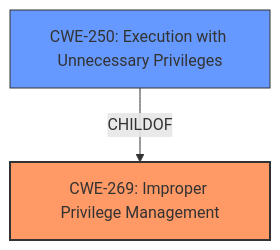
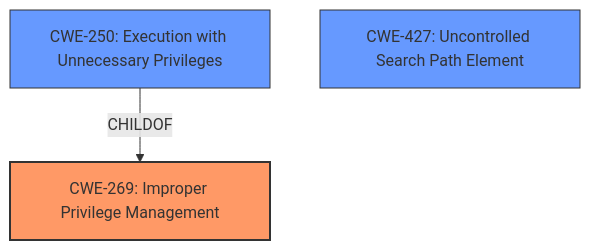
One commit to CyberSecAI/cwe_agent_assign_reports_2023 changed the diagram in CVE-2021-23874/CVE-2021-23874_analysis.md. Above: the diagram before and after it, drawn with Mermaid. The commit also changed other lines of this file and 902 other files, not shown here.

````diff
--- a/CVE-2021-23874/CVE-2021-23874_analysis.md
+++ b/CVE-2021-23874/CVE-2021-23874_analysis.md
@@ -16,12 +18,13 @@
 ```mermaid
 graph TD
     cwe269["CWE-269: Improper Privilege Management"]
     cwe250["CWE-250: Execution with Unnecessary Privileges"]
+    cwe427["CWE-427: Uncontrolled Search Path Element"]
+    
     cwe250 -->|CHILDOF| cwe269
     
     classDef primary fill:#f96,stroke:#333,stroke-width:2px
     classDef secondary fill:#69f,stroke:#333
-    
     class cwe269 primary
-    class cwe250 secondary
+    class cwe250,cwe427 secondary
 ```
````
